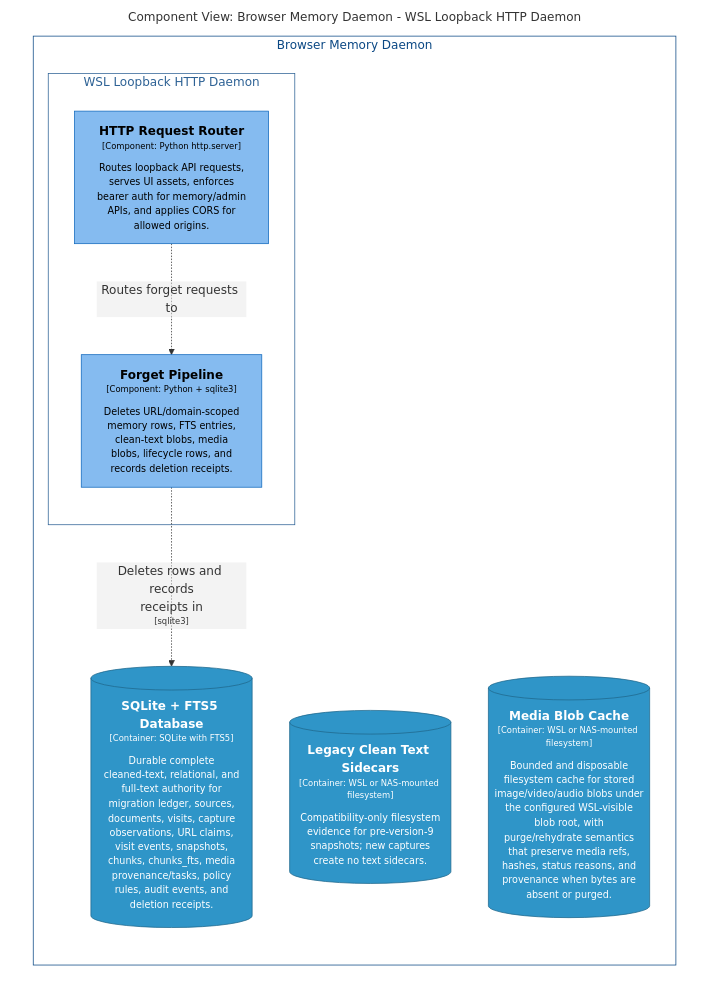
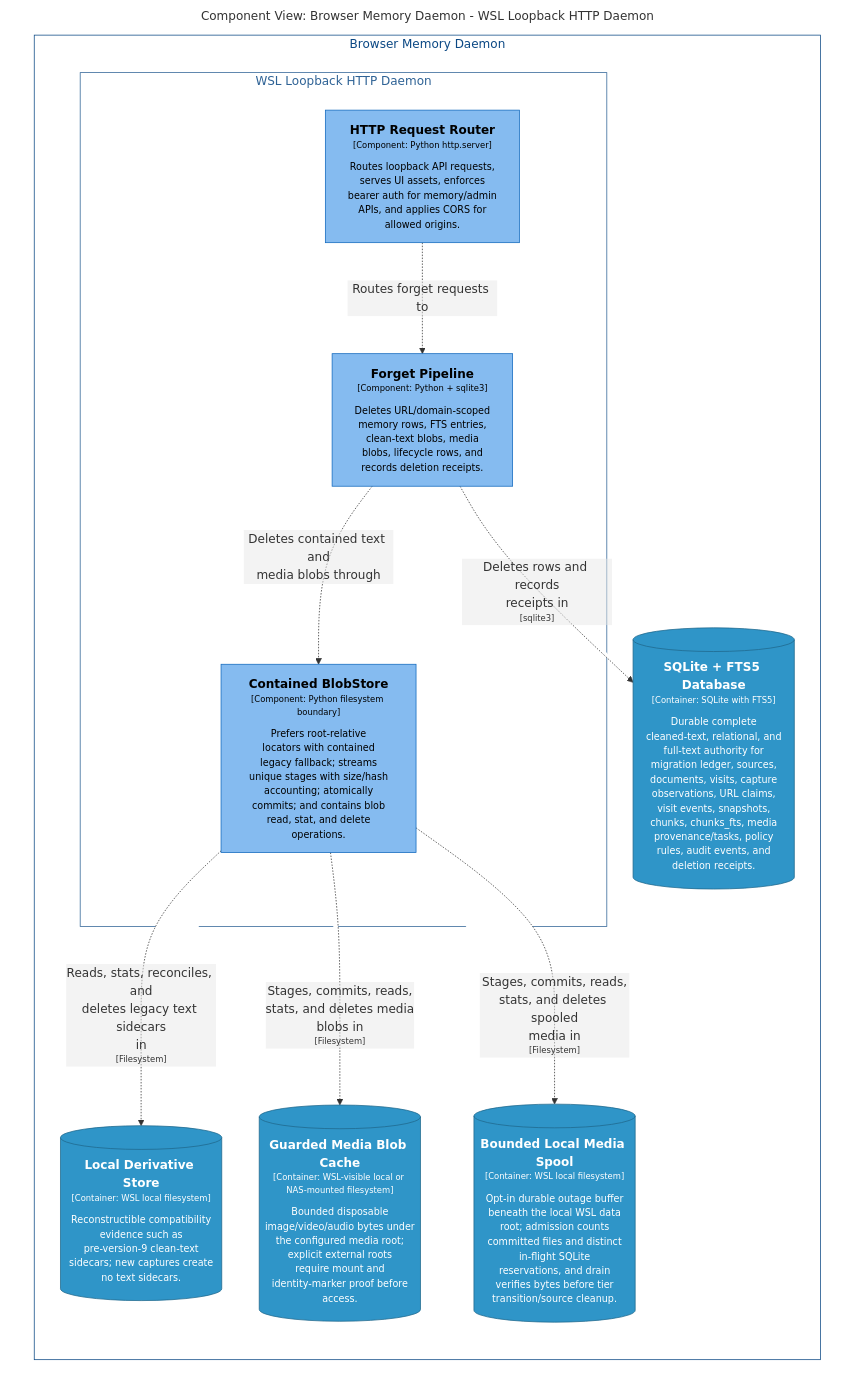
The diagram in docs/architecture/diagrams/markdown/DaemonForgetComponents.md (michaelnicks0/browser-memory-daemon), drawn with Mermaid before and after one commit. The commit also changed 184 other files, not shown here.

Commit message:
feat(storage): split media root and add bounded spool

````diff
--- a/docs/architecture/diagrams/markdown/DaemonForgetComponents.md
+++ b/docs/architecture/diagrams/markdown/DaemonForgetComponents.md
@@ -16,32 +16,40 @@
 ```mermaid
 graph LR
   linkStyle default fill:#ffffff
 
   subgraph diagram ["Component View: Browser Memory Daemon - WSL Loopback HTTP Daemon"]
     style diagram fill:#ffffff,stroke:#ffffff
 
     subgraph 4 ["Browser Memory Daemon"]
       style 4 fill:#ffffff,stroke:#0b4884,color:#0b4884
 
       subgraph 14 ["WSL Loopback HTTP Daemon"]
         style 14 fill:#ffffff,stroke:#2e6295,color:#2e6295
 
         15["<div style='font-weight: bold'>HTTP Request Router</div><div style='font-size: 70%; margin-top: 0px'>[Component: Python http.server]</div><div style='font-size: 80%; margin-top:10px'>Routes loopback API requests,<br />serves UI assets, enforces<br />bearer auth for memory/admin<br />APIs, and applies CORS for<br />allowed origins.</div>"]
         style 15 fill:#85bbf0,stroke:#1168bd,color:#000000
+        22["<div style='font-weight: bold'>Contained BlobStore</div><div style='font-size: 70%; margin-top: 0px'>[Component: Python filesystem boundary]</div><div style='font-size: 80%; margin-top:10px'>Prefers root-relative<br />locators with contained<br />legacy fallback; streams<br />unique stages with size/hash<br />accounting; atomically<br />commits; and contains blob<br />read, stat, and delete<br />operations.</div>"]
+        style 22 fill:#85bbf0,stroke:#1168bd,color:#000000
         24["<div style='font-weight: bold'>Forget Pipeline</div><div style='font-size: 70%; margin-top: 0px'>[Component: Python + sqlite3]</div><div style='font-size: 80%; margin-top:10px'>Deletes URL/domain-scoped<br />memory rows, FTS entries,<br />clean-text blobs, media<br />blobs, lifecycle rows, and<br />records deletion receipts.</div>"]
         style 24 fill:#85bbf0,stroke:#1168bd,color:#000000
       end
 
       29[("<div style='font-weight: bold'>SQLite + FTS5 Database</div><div style='font-size: 70%; margin-top: 0px'>[Container: SQLite with FTS5]</div><div style='font-size: 80%; margin-top:10px'>Durable complete<br />cleaned-text, relational, and<br />full-text authority for<br />migration ledger, sources,<br />documents, visits, capture<br />observations, URL claims,<br />visit events, snapshots,<br />chunks, chunks_fts, media<br />provenance/tasks, policy<br />rules, audit events, and<br />deletion receipts.</div>")]
       style 29 fill:#2f95c8,stroke:#20688c,color:#ffffff
-      30[("<div style='font-weight: bold'>Legacy Clean Text Sidecars</div><div style='font-size: 70%; margin-top: 0px'>[Container: WSL or NAS-mounted filesystem]</div><div style='font-size: 80%; margin-top:10px'>Compatibility-only filesystem<br />evidence for pre-version-9<br />snapshots; new captures<br />create no text sidecars.</div>")]
+      30[("<div style='font-weight: bold'>Local Derivative Store</div><div style='font-size: 70%; margin-top: 0px'>[Container: WSL local filesystem]</div><div style='font-size: 80%; margin-top:10px'>Reconstructible compatibility<br />evidence such as<br />pre-version-9 clean-text<br />sidecars; new captures create<br />no text sidecars.</div>")]
       style 30 fill:#2f95c8,stroke:#20688c,color:#ffffff
-      31[("<div style='font-weight: bold'>Media Blob Cache</div><div style='font-size: 70%; margin-top: 0px'>[Container: WSL or NAS-mounted filesystem]</div><div style='font-size: 80%; margin-top:10px'>Bounded and disposable<br />filesystem cache for stored<br />image/video/audio blobs under<br />the configured WSL-visible<br />blob root, with<br />purge/rehydrate semantics<br />that preserve media refs,<br />hashes, status reasons, and<br />provenance when bytes are<br />absent or purged.</div>")]
+      31[("<div style='font-weight: bold'>Guarded Media Blob Cache</div><div style='font-size: 70%; margin-top: 0px'>[Container: WSL-visible local or NAS-mounted filesystem]</div><div style='font-size: 80%; margin-top:10px'>Bounded disposable<br />image/video/audio bytes under<br />the configured media root;<br />explicit external roots<br />require mount and<br />identity-marker proof before<br />access.</div>")]
       style 31 fill:#2f95c8,stroke:#20688c,color:#ffffff
+      32[("<div style='font-weight: bold'>Bounded Local Media Spool</div><div style='font-size: 70%; margin-top: 0px'>[Container: WSL local filesystem]</div><div style='font-size: 80%; margin-top:10px'>Opt-in durable outage buffer<br />beneath the local WSL data<br />root; admission counts<br />committed files and distinct<br />in-flight SQLite<br />reservations, and drain<br />verifies bytes before tier<br />transition/source cleanup.</div>")]
+      style 32 fill:#2f95c8,stroke:#20688c,color:#ffffff
     end
 
     15-. "<div>Routes forget requests to</div><div style='font-size: 70%'></div>" .->24
     24-. "<div>Deletes rows and records<br />receipts in</div><div style='font-size: 70%'>[sqlite3]</div>" .->29
+    24-. "<div>Deletes contained text and<br />media blobs through</div><div style='font-size: 70%'></div>" .->22
+    22-. "<div>Reads, stats, reconciles, and<br />deletes legacy text sidecars<br />in</div><div style='font-size: 70%'>[Filesystem]</div>" .->30
+    22-. "<div>Stages, commits, reads,<br />stats, and deletes media<br />blobs in</div><div style='font-size: 70%'>[Filesystem]</div>" .->31
+    22-. "<div>Stages, commits, reads,<br />stats, and deletes spooled<br />media in</div><div style='font-size: 70%'>[Filesystem]</div>" .->32
 
   end
 ```
````
